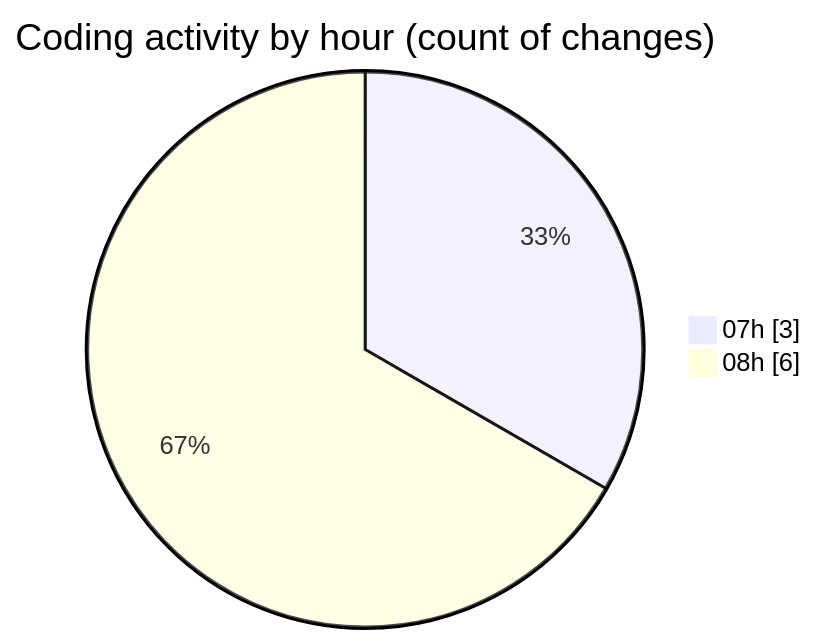
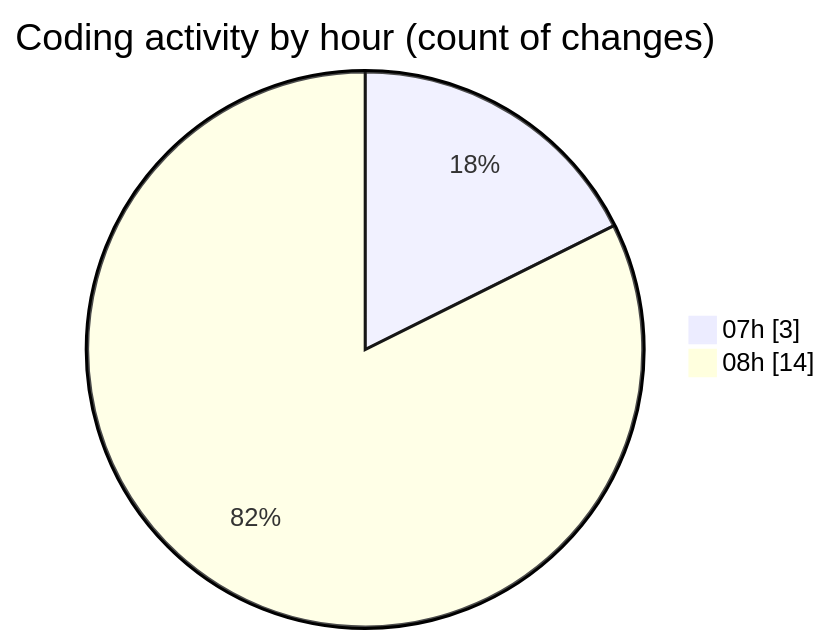
One commit to becaeroporto-bot/code-tracking changed the second of 2 diagrams in 2026-02-20/bot_i_a/README.md. Above: the diagram before and after it, drawn with Mermaid. The commit also changed other lines of this file and 1 other file, not shown here.

````diff
--- a/2026-02-20/bot_i_a/README.md
+++ b/2026-02-20/bot_i_a/README.md
@@ -31,6 +36,6 @@
 ```mermaid
 pie showData
 title Coding activity by hour (count of changes)
 "07h" : 3
-"08h" : 6
+"08h" : 14
 ```
````
